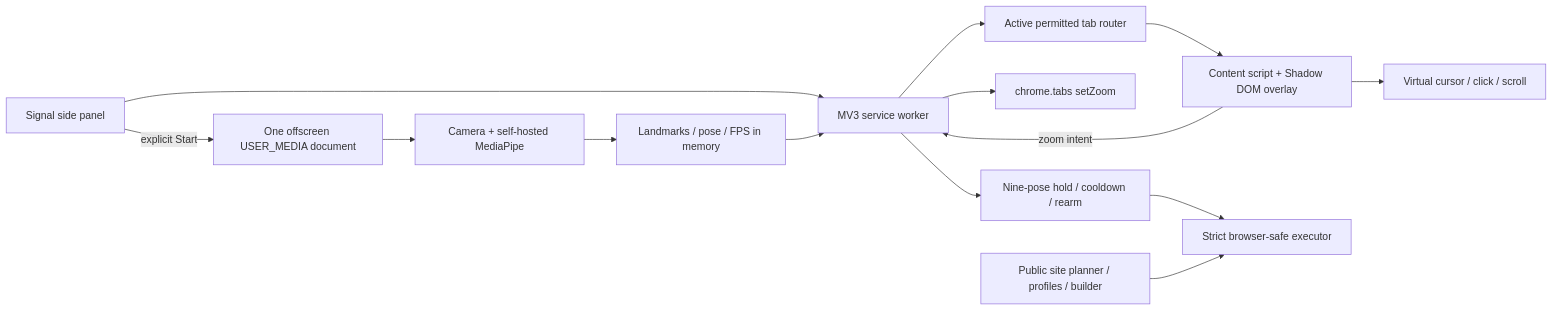
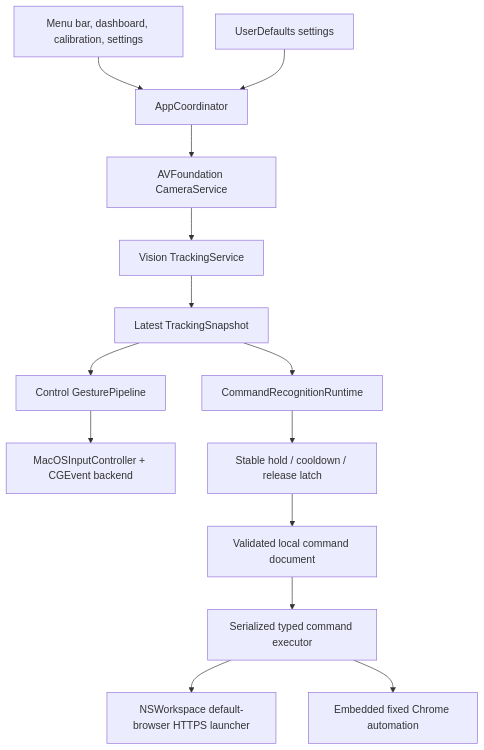
The diagram in ARCHITECTURE.md (allenbuild/signal), drawn with Mermaid before and after one commit. The commit also changed other lines of this file and 81 other files, not shown here.

Commit message:
feat(macos): ship native local Signal app

````diff
--- a/ARCHITECTURE.md
+++ b/ARCHITECTURE.md
@@ -6,16 +7,16 @@
 ```mermaid
-flowchart LR
-  panel["Signal side panel"] --> worker["MV3 service worker"]
-  panel -->|explicit Start| offscreen["One offscreen USER_MEDIA document"]
-  offscreen --> camera["Camera + self-hosted MediaPipe"]
-  camera --> landmarks["Landmarks / pose / FPS in memory"]
-  landmarks --> worker
-  worker --> router["Active permitted tab router"]
-  router --> content["Content script + Shadow DOM overlay"]
-  content --> page["Virtual cursor / click / scroll"]
-  content -->|zoom intent| worker
-  worker --> zoom["chrome.tabs setZoom"]
-  worker --> commands["Nine-pose hold / cooldown / rearm"]
-  commands --> executor["Strict browser-safe executor"]
-  site["Public site planner / profiles / builder"] --> executor
+flowchart TD
+  UI["Menu bar, dashboard, calibration, settings"] --> Coordinator["AppCoordinator"]
+  Coordinator --> Camera["AVFoundation CameraService"]
+  Camera --> Vision["Vision TrackingService"]
+  Vision --> Snapshot["Latest TrackingSnapshot"]
+  Snapshot --> Control["Control GesturePipeline"]
+  Snapshot --> Commands["CommandRecognitionRuntime"]
+  Control --> Input["MacOSInputController + CGEvent backend"]
+  Commands --> Activation["Stable hold / cooldown / release latch"]
+  Activation --> Repository["Validated local command document"]
+  Repository --> Executor["Serialized typed command executor"]
+  Executor --> HTTPS["NSWorkspace default-browser HTTPS launcher"]
+  Executor --> Chrome["Embedded fixed Chrome automation"]
+  Settings["UserDefaults settings"] --> Coordinator
 ```
````
